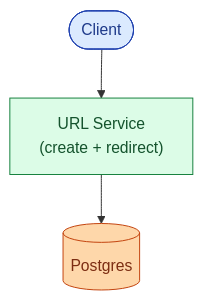
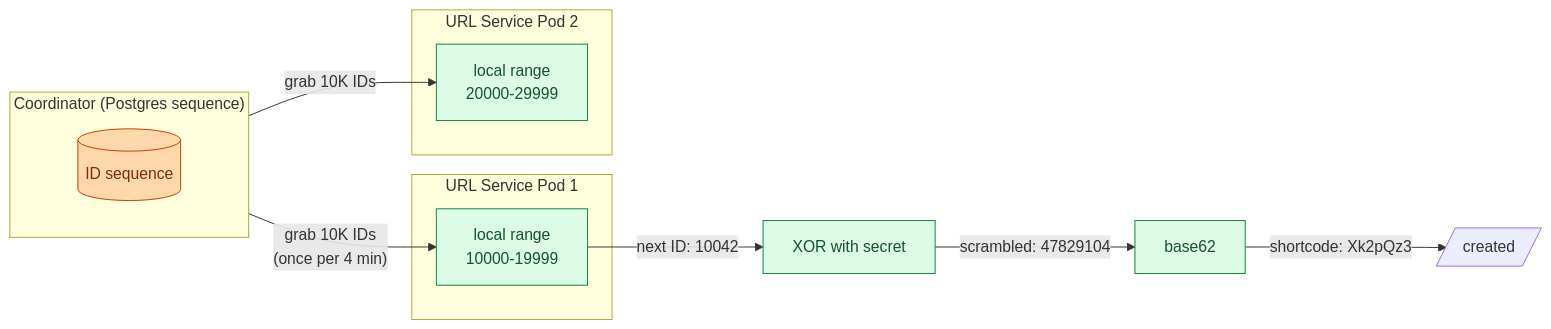
The fourth of 10 diagrams in problems/001-url-shortener/question.md (shiningflash/system-design), drawn with Mermaid before and after one commit. The commit also changed other lines of this file and 1 other file, not shown here.

First line of the commit message:
Rewrite URL shortener problem & solution

````diff
--- a/problems/001-url-shortener/question.md
+++ b/problems/001-url-shortener/question.md
@@ -220,9 +175,23 @@
 ```mermaid
-flowchart TB
-    C([Client]):::user --> S["URL Service<br/>(create + redirect)"]:::app
-    S --> DB[("Postgres")]:::db
+flowchart LR
+    subgraph Coord["Coordinator (Postgres sequence)"]
+        CS[("ID sequence")]:::db
+    end
 
-    classDef user fill:#dbeafe,stroke:#1e40af,color:#1e3a8a
+    subgraph Pod1["URL Service Pod 1"]
+        R1["local range<br/>10000-19999"]:::app
+    end
+
+    subgraph Pod2["URL Service Pod 2"]
+        R2["local range<br/>20000-29999"]:::app
+    end
+
+    Coord -->|"grab 10K IDs<br/>(once per 4 min)"| R1
+    Coord -->|"grab 10K IDs"| R2
+    R1 -->|"next ID: 10042"| X1["XOR with secret"]:::app
+    X1 -->|"scrambled: 47829104"| E1["base62"]:::app
+    E1 -->|"shortcode: Xk2pQz3"| Out1[/created/]
+
+    classDef db fill:#fed7aa,stroke:#c2410c,color:#7c2d12
     classDef app fill:#dcfce7,stroke:#15803d,color:#14532d
-    classDef db fill:#fed7aa,stroke:#c2410c,color:#7c2d12
 ```
````
